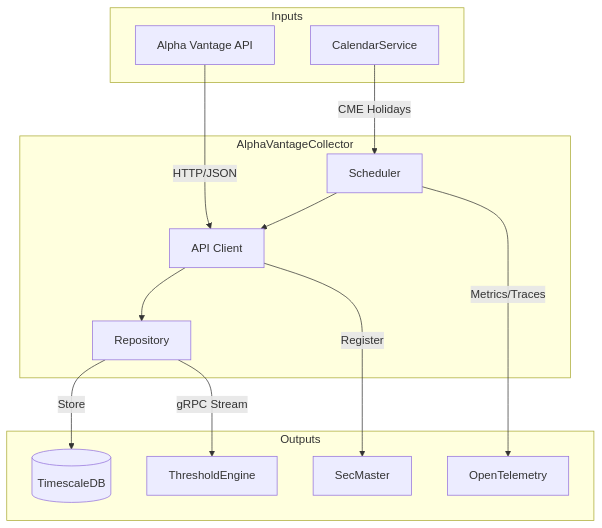
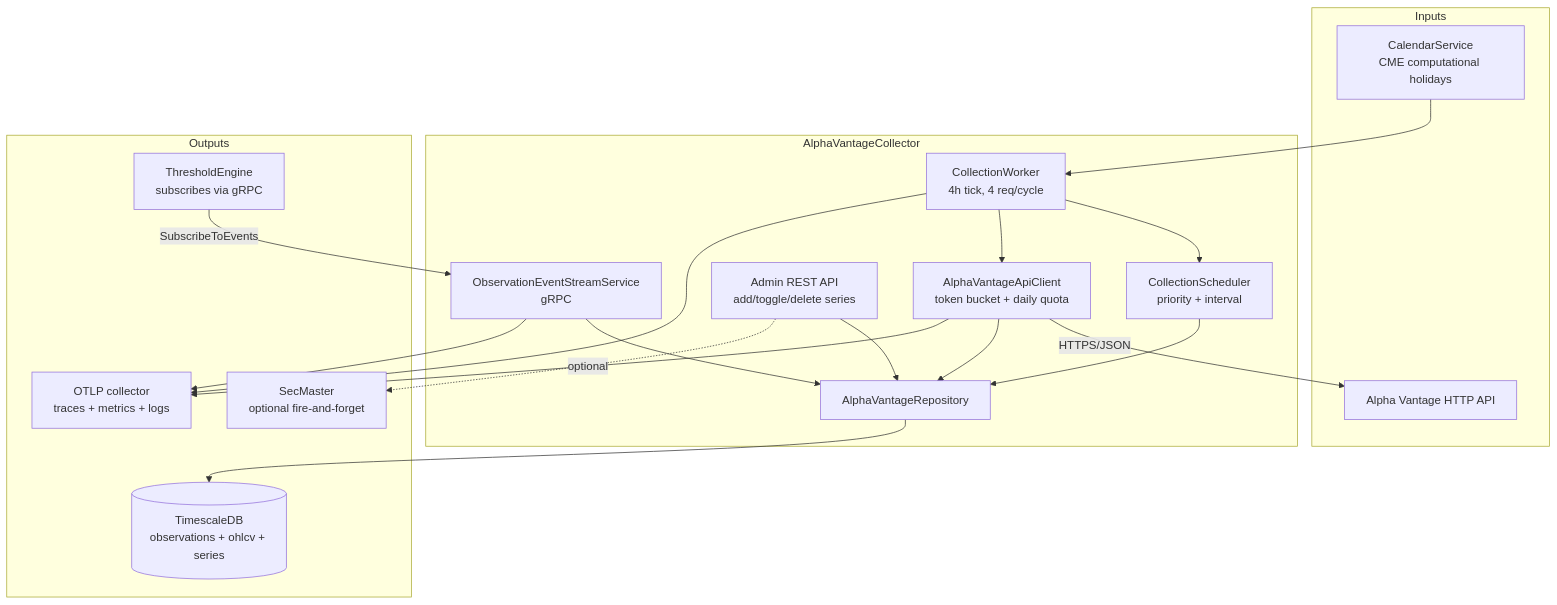
One commit to jpansarasa/ATLAS-Docs changed the diagram in AlphaVantageCollector/README.md. Above: the diagram before and after it, drawn with Mermaid. The commit also changed other lines of this file, not shown here.

````diff
--- a/AlphaVantageCollector/README.md
+++ b/AlphaVantageCollector/README.md
@@ -11,28 +11,36 @@
 ```mermaid
 flowchart TD
     subgraph Inputs
-        AV[Alpha Vantage API]
-        CAL[CalendarService]
+        AV[Alpha Vantage HTTP API]
+        CAL[CalendarService<br/>CME computational holidays]
     end
 
     subgraph AlphaVantageCollector
-        SCHED[Scheduler]
-        API[API Client]
-        REPO[Repository]
+        WORKER[CollectionWorker<br/>4h tick, 4 req/cycle]
+        SCHED[CollectionScheduler<br/>priority + interval]
+        API[AlphaVantageApiClient<br/>token bucket + daily quota]
+        REPO[AlphaVantageRepository]
+        ADMIN[Admin REST API<br/>add/toggle/delete series]
+        STREAM[ObservationEventStreamService<br/>gRPC]
     end
 
     subgraph Outputs
-        DB[(TimescaleDB)]
-        TE[ThresholdEngine]
-        SM[SecMaster]
-        OTEL[OpenTelemetry]
+        DB[(TimescaleDB<br/>observations + ohlcv + series)]
+        TE[ThresholdEngine<br/>subscribes via gRPC]
+        SM[SecMaster<br/>optional fire-and-forget]
+        OTEL[OTLP collector<br/>traces + metrics + logs]
     end
 
-    AV -->|HTTP/JSON| API
-    CAL -->|CME Holidays| SCHED
-    SCHED --> API --> REPO
-    REPO -->|Store| DB
-    REPO -->|gRPC Stream| TE
-    API -->|Register| SM
-    SCHED -->|Metrics/Traces| OTEL
+    CAL --> WORKER
+    WORKER --> SCHED --> REPO
+    WORKER --> API
+    API -->|HTTPS/JSON| AV
+    API --> REPO --> DB
+    ADMIN --> REPO
+    ADMIN -.optional.-> SM
+    TE -->|SubscribeToEvents| STREAM
+    STREAM --> REPO
+    WORKER --> OTEL
+    API --> OTEL
+    STREAM --> OTEL
 ```
````
